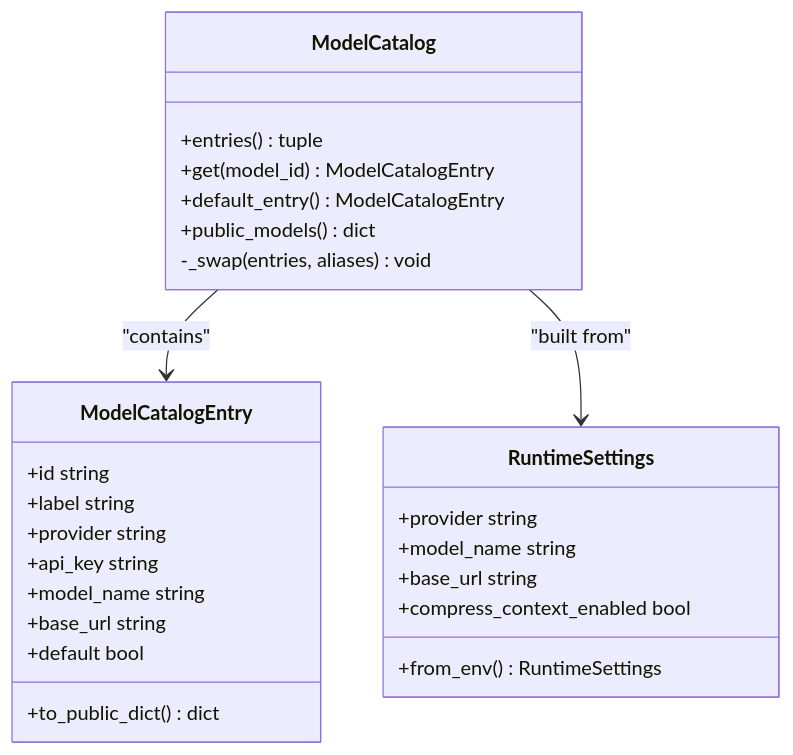
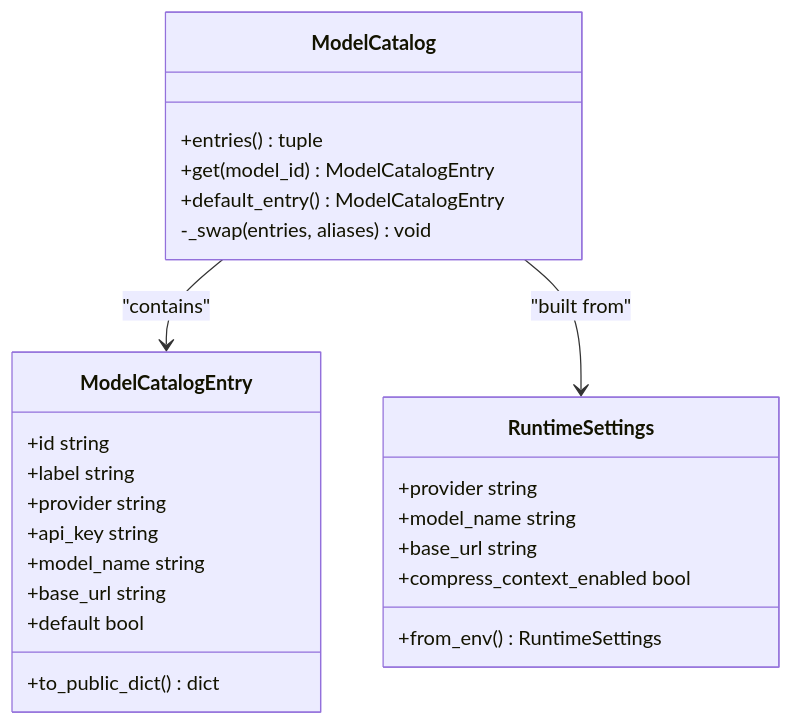
The fifth of 10 diagrams in .qoder/repowiki/en/content/Core Services/Agent Platform/Agent Platform.md (alainlei/luban-aiops), drawn with Mermaid before and after one commit. The commit also changed other lines of this file and 10 other files, not shown here.

````diff
--- a/.qoder/repowiki/en/content/Core Services/Agent Platform/Agent Platform.md
+++ b/.qoder/repowiki/en/content/Core Services/Agent Platform/Agent Platform.md
@@ -236,29 +241,28 @@
 ```mermaid
 classDiagram
 class ModelCatalog {
 +entries() tuple
 +get(model_id) ModelCatalogEntry
 +default_entry() ModelCatalogEntry
-+public_models() dict
 -_swap(entries, aliases) void
 }
 class ModelCatalogEntry {
 +id string
 +label string
 +provider string
 +api_key string
 +model_name string
 +base_url string
 +default bool
 +to_public_dict() dict
 }
 class RuntimeSettings {
 +provider string
 +model_name string
 +base_url string
 +compress_context_enabled bool
 +from_env() RuntimeSettings
 }
 ModelCatalog --> ModelCatalogEntry : "contains"
 ModelCatalog --> RuntimeSettings : "built from"
 ```
````
